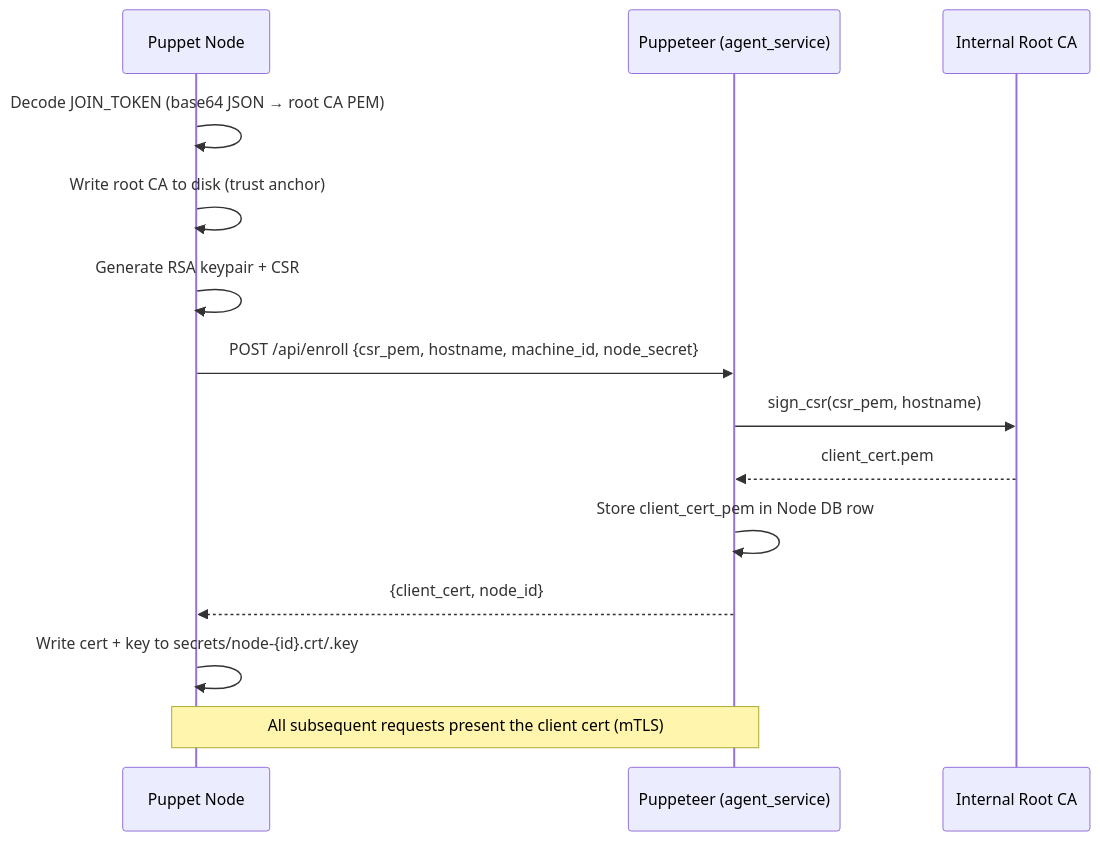
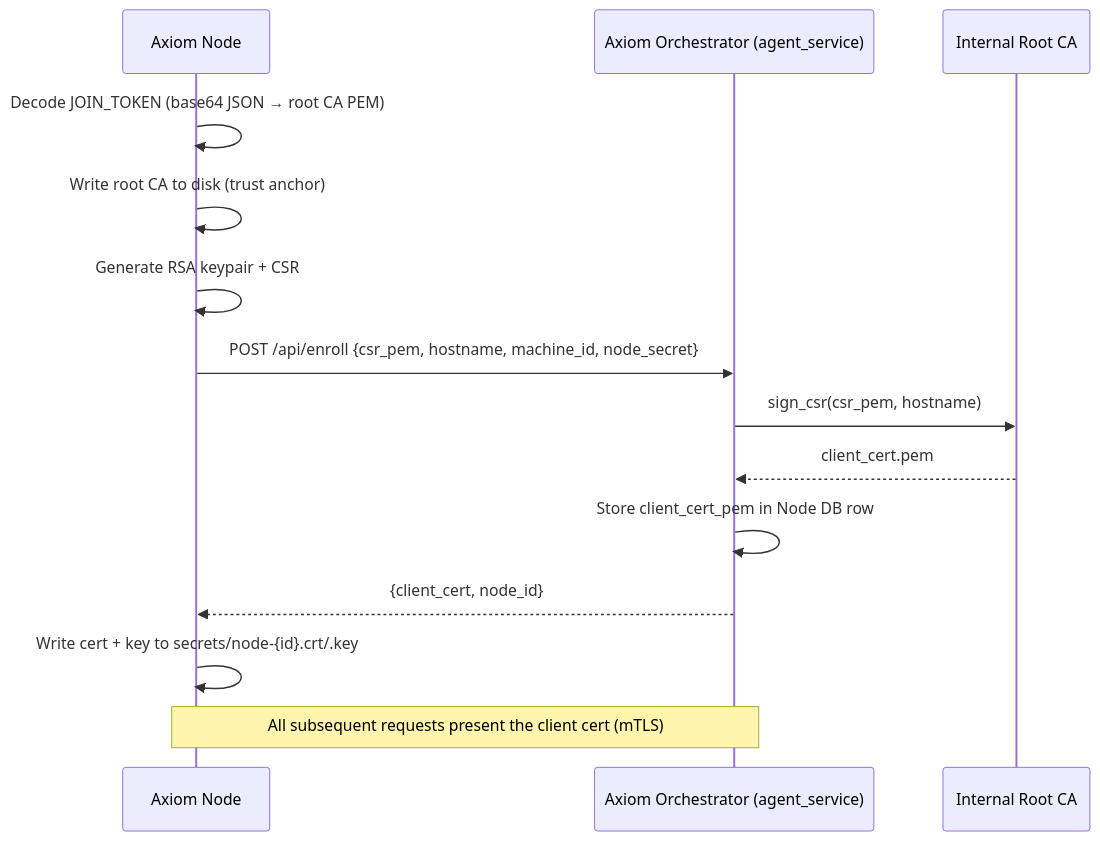
The third of 7 diagrams in docs/docs/developer/architecture.md (axiom-laboratories/axiom), drawn with Mermaid before and after one commit. The commit also changed other lines of this file and 5 other files, not shown here.

````diff
--- a/docs/docs/developer/architecture.md
+++ b/docs/docs/developer/architecture.md
@@ -305,17 +305,17 @@
 ```mermaid
 sequenceDiagram
-    participant N as Puppet Node
-    participant P as Puppeteer (agent_service)
+    participant N as Axiom Node
+    participant P as Axiom Orchestrator (agent_service)
     participant CA as Internal Root CA
 
     N->>N: Decode JOIN_TOKEN (base64 JSON → root CA PEM)
     N->>N: Write root CA to disk (trust anchor)
     N->>N: Generate RSA keypair + CSR
     N->>P: POST /api/enroll {csr_pem, hostname, machine_id, node_secret}
     P->>CA: sign_csr(csr_pem, hostname)
     CA-->>P: client_cert.pem
     P->>P: Store client_cert_pem in Node DB row
     P-->>N: {client_cert, node_id}
     N->>N: Write cert + key to secrets/node-{id}.crt/.key
     Note over N,P: All subsequent requests present the client cert (mTLS)
 ```
````
